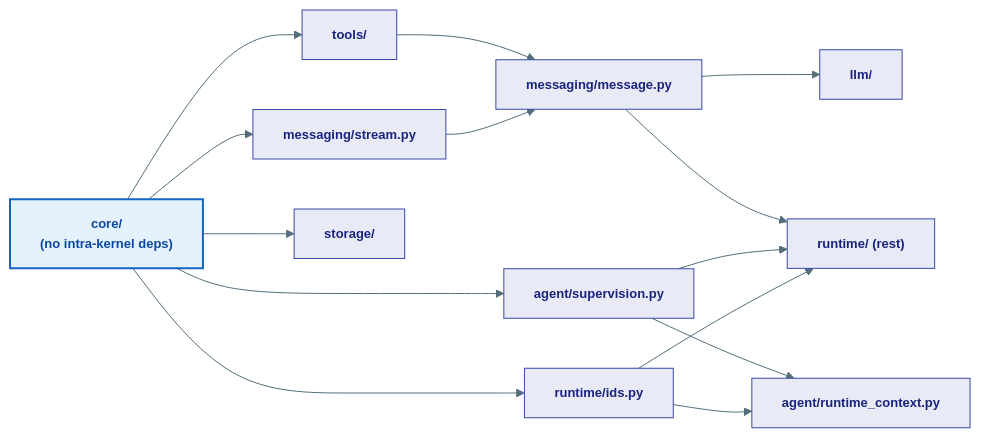
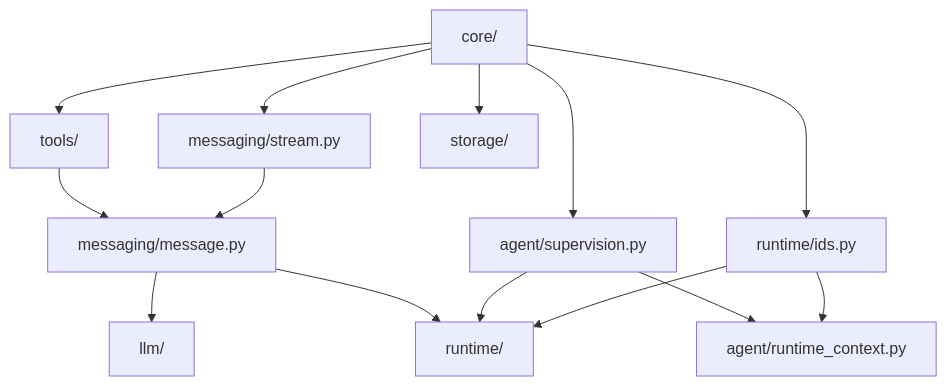
One commit to Ravikumarchavva/agent-substrate changed the diagram in agents/agent-substrate/docs/kernel/index.md. Above: the diagram before and after it, drawn with Mermaid. The commit also changed other lines of this file and 11 other files, not shown here.

Commit message:
docs: refactor architecture documentation and update diagrams across the kernel module.

````diff
--- a/agents/agent-substrate/docs/kernel/index.md
+++ b/agents/agent-substrate/docs/kernel/index.md
@@ -53,32 +41,16 @@
 ```mermaid
-%%{init: {'theme': 'base', 'themeVariables': {'primaryColor': '#E8EAF6','primaryTextColor': '#1A237E','primaryBorderColor': '#3949AB','lineColor': '#546E7A','background': '#FAFAFA','fontSize': '13px'}}}%%
-graph LR
-    classDef dep fill:#E8EAF6,stroke:#3949AB,color:#1A237E
-    classDef root fill:#E3F2FD,stroke:#1565C0,stroke-width:2px,color:#0D47A1,font-weight:bold
-
-    CORE["core/\n(no intra-kernel deps)"]:::root
-
-    TOOLS["tools/"]:::dep
-    STREAM["messaging/stream.py"]:::dep
-    MSG["messaging/message.py"]:::dep
-    LLM["llm/"]:::dep
-    STORE["storage/"]:::dep
-    SV["agent/supervision.py"]:::dep
-    RM["agent/runtime_context.py"]:::dep
-    RID["runtime/ids.py"]:::dep
-    RT["runtime/ (rest)"]:::dep
-
-    CORE --> TOOLS
-    CORE --> STREAM
-    CORE --> STORE
-    CORE --> SV
-    CORE --> RID
-    TOOLS --> MSG
+graph TD
+    CORE["core/"] --> TOOLS["tools/"]
+    CORE --> STREAM["messaging/stream.py"]
+    CORE --> STORE["storage/"]
+    CORE --> SV["agent/supervision.py"]
+    CORE --> RID["runtime/ids.py"]
+    TOOLS --> MSG["messaging/message.py"]
     STREAM --> MSG
-    MSG --> LLM
-    SV --> RM
+    MSG --> LLM["llm/"]
+    SV --> RM["agent/runtime_context.py"]
     RID --> RM
-    MSG --> RT
+    MSG --> RT["runtime/"]
     SV --> RT
     RID --> RT
 ```
````
